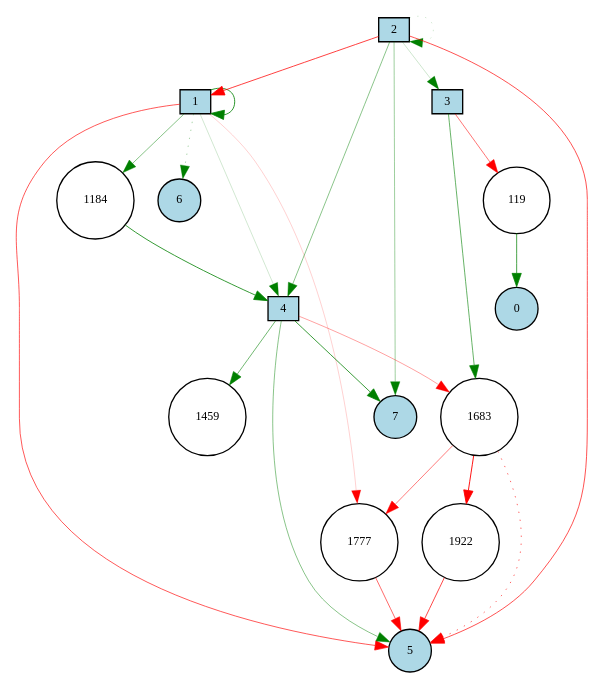
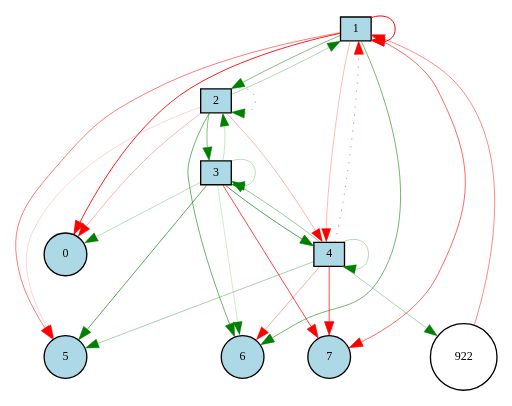
Before and after one commit to katomasahiro10/cyclic_task: the diagram in out/Digraph.gv, drawn with Graphviz. The commit also changed 204 other files, not shown here.

```diff
--- a/out/Digraph.gv
+++ b/out/Digraph.gv
@@ -1,46 +1,45 @@
 digraph {
 	node [fontsize=9 height=0.2 shape=circle width=0.2]
 	1 [fillcolor=lightgray shape=box style=filled]
 	2 [fillcolor=lightgray shape=box style=filled]
 	3 [fillcolor=lightgray shape=box style=filled]
 	4 [fillcolor=lightgray shape=box style=filled]
 	0 [fillcolor=lightblue style=filled]
 	1 [fillcolor=lightblue style=filled]
 	2 [fillcolor=lightblue style=filled]
 	3 [fillcolor=lightblue style=filled]
 	4 [fillcolor=lightblue style=filled]
 	5 [fillcolor=lightblue style=filled]
 	6 [fillcolor=lightblue style=filled]
 	7 [fillcolor=lightblue style=filled]
-	1184 [fillcolor=white style=filled]
-	1922 [fillcolor=white style=filled]
-	1777 [fillcolor=white style=filled]
-	1459 [fillcolor=white style=filled]
-	1683 [fillcolor=white style=filled]
-	119 [fillcolor=white style=filled]
-	4 -> 5 [color=green penwidth=0.34935623412378425 style=solid]
-	1 -> 5 [color=red penwidth=0.4862063520735579 style=solid]
-	2 -> 2 [color=green penwidth=0.1416022556188013 style=dotted]
-	1 -> 1 [color=green penwidth=0.6214771573374239 style=solid]
-	1683 -> 1922 [color=red penwidth=0.6886931318209496 style=solid]
-	3 -> 119 [color=red penwidth=0.40808897755616924 style=solid]
-	119 -> 0 [color=green penwidth=0.5423022573244047 style=solid]
-	2 -> 5 [color=red penwidth=0.5060277633304529 style=solid]
-	1184 -> 4 [color=green penwidth=0.5907740454079704 style=solid]
-	1922 -> 5 [color=red penwidth=0.5423852472103989 style=solid]
-	2 -> 7 [color=green penwidth=0.2862394920168255 style=solid]
-	4 -> 1459 [color=green penwidth=0.4193580033260642 style=solid]
-	1777 -> 5 [color=red penwidth=0.44385584901209396 style=solid]
-	2 -> 1 [color=red penwidth=0.5587758131411052 style=solid]
-	1 -> 1184 [color=green penwidth=0.35956422081288564 style=solid]
-	3 -> 1683 [color=green penwidth=0.4504385287938222 style=solid]
-	2 -> 3 [color=green penwidth=0.14923558705319548 style=solid]
-	1683 -> 1777 [color=red penwidth=0.3878084796968059 style=solid]
-	1683 -> 5 [color=red penwidth=0.4641588635589454 style=dotted]
-	1 -> 1777 [color=red penwidth=0.1413086466985846 style=solid]
-	2 -> 4 [color=green penwidth=0.3538725900072508 style=solid]
-	1 -> 4 [color=green penwidth=0.14061552976668823 style=solid]
-	4 -> 7 [color=green penwidth=0.5792299738157 style=solid]
-	4 -> 1683 [color=red penwidth=0.2796310408334993 style=solid]
-	1 -> 6 [color=green penwidth=0.26356934598971105 style=dotted]
+	922 [fillcolor=white style=filled]
+	3 -> 6 [color=green penwidth=0.12593241886127043 style=solid]
+	4 -> 5 [color=green penwidth=0.27261081312531255 style=solid]
+	1 -> 2 [color=green penwidth=0.36558877400157763 style=solid]
+	2 -> 0 [color=red penwidth=0.22814780300751206 style=solid]
+	4 -> 7 [color=red penwidth=0.5378450692590522 style=solid]
+	2 -> 2 [color=green penwidth=0.3499384407265206 style=dotted]
+	2 -> 1 [color=green penwidth=0.22955877156527568 style=solid]
+	4 -> 4 [color=green penwidth=0.22272274589723795 style=solid]
+	4 -> 3 [color=green penwidth=0.31023375455083113 style=solid]
+	1 -> 5 [color=red penwidth=0.3932787151422834 style=solid]
+	3 -> 3 [color=green penwidth=0.20283988827778499 style=solid]
+	3 -> 5 [color=green penwidth=0.4956847267299582 style=solid]
+	1 -> 0 [color=red penwidth=0.6642173170333476 style=solid]
+	4 -> 1 [color=red penwidth=0.3601153819628633 style=dotted]
+	1 -> 1 [color=red penwidth=0.7512053577539762 style=solid]
+	3 -> 7 [color=red penwidth=0.5490340724704562 style=solid]
+	2 -> 5 [color=red penwidth=0.1290096074874501 style=solid]
+	922 -> 1 [color=red penwidth=0.34594234659332024 style=solid]
+	2 -> 3 [color=green penwidth=0.36499864997108256 style=solid]
+	1 -> 7 [color=red penwidth=0.44636141808217267 style=solid]
+	3 -> 0 [color=green penwidth=0.19830200837390893 style=solid]
+	4 -> 6 [color=red penwidth=0.25926690952986375 style=solid]
+	3 -> 2 [color=green penwidth=0.17211584714728553 style=solid]
+	4 -> 922 [color=green penwidth=0.25016088528482394 style=solid]
+	1 -> 4 [color=red penwidth=0.21105160146271335 style=solid]
+	2 -> 4 [color=red penwidth=0.21537010805830614 style=solid]
+	3 -> 4 [color=green penwidth=0.5245803673507708 style=solid]
+	1 -> 6 [color=green penwidth=0.41622722687633196 style=solid]
+	2 -> 6 [color=green penwidth=0.4364812679200396 style=solid]
 }
```
